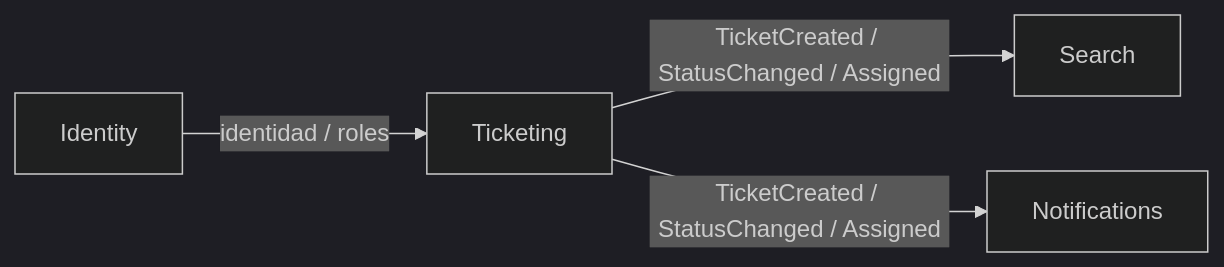
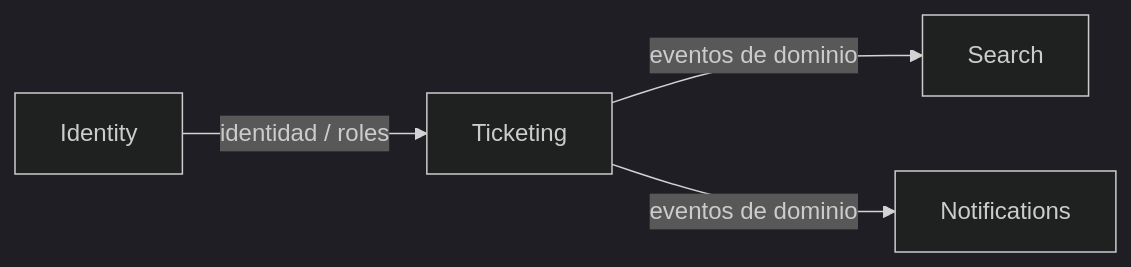
Before and after one commit to haefrain/gestion-de-tickets: the second of 4 diagrams in docs/architecture/overview.md, drawn with Mermaid (dark theme). The commit also changed other lines of this file and 16 other files, not shown here.

````diff
--- a/docs/architecture/overview.md
+++ b/docs/architecture/overview.md
@@ -53,6 +53,6 @@
 ```mermaid
 flowchart LR
     Identity -- identidad / roles --> Ticketing
-    Ticketing -- TicketCreated / StatusChanged / Assigned --> Search
-    Ticketing -- TicketCreated / StatusChanged / Assigned --> Notifications
+    Ticketing -- eventos de dominio --> Search
+    Ticketing -- eventos de dominio --> Notifications
 ```
````
